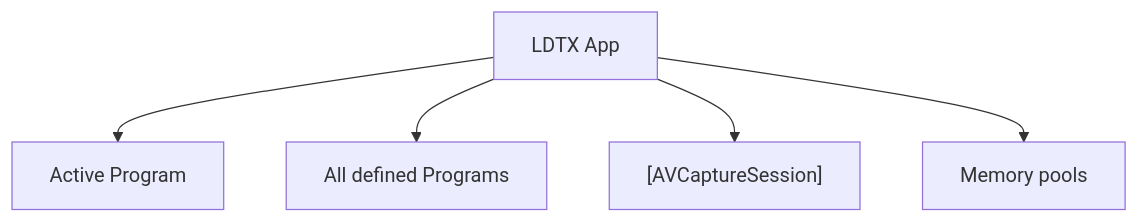
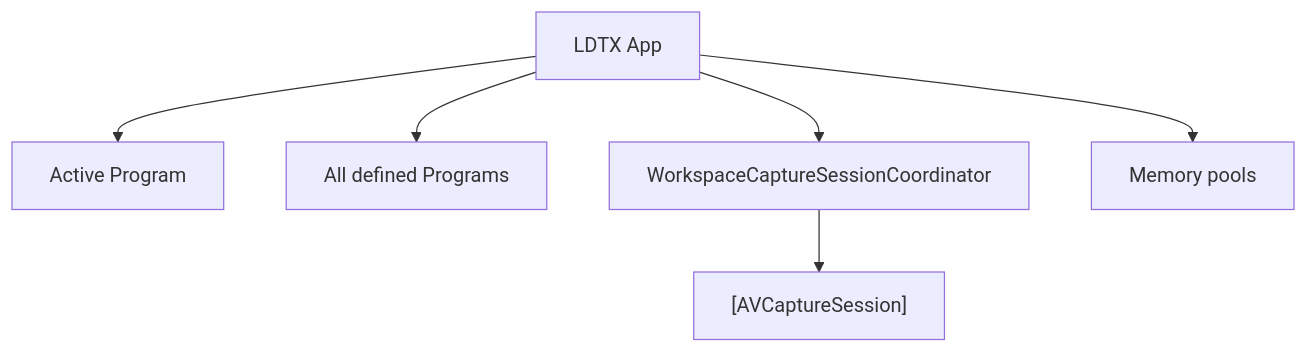
Before and after one commit to kaito-tokyo/LDTX: the diagram in docs/class-model.md, drawn with Mermaid. The commit also changed other lines of this file and 31 other files, not shown here.

````diff
--- a/docs/class-model.md
+++ b/docs/class-model.md
@@ -11,9 +11,10 @@
 ```mermaid
 flowchart TD
     App["LDTX App"]
 
     App --> ActiveProgram["Active Program"]
     App --> DefinedPrograms["All defined Programs"]
-    App --> CaptureSessions["[AVCaptureSession]"]
+    App --> WorkspaceCapture["WorkspaceCaptureSessionCoordinator"]
+    WorkspaceCapture --> CaptureSessions["[AVCaptureSession]"]
     App --> MemoryPools["Memory pools"]
 ```
````
